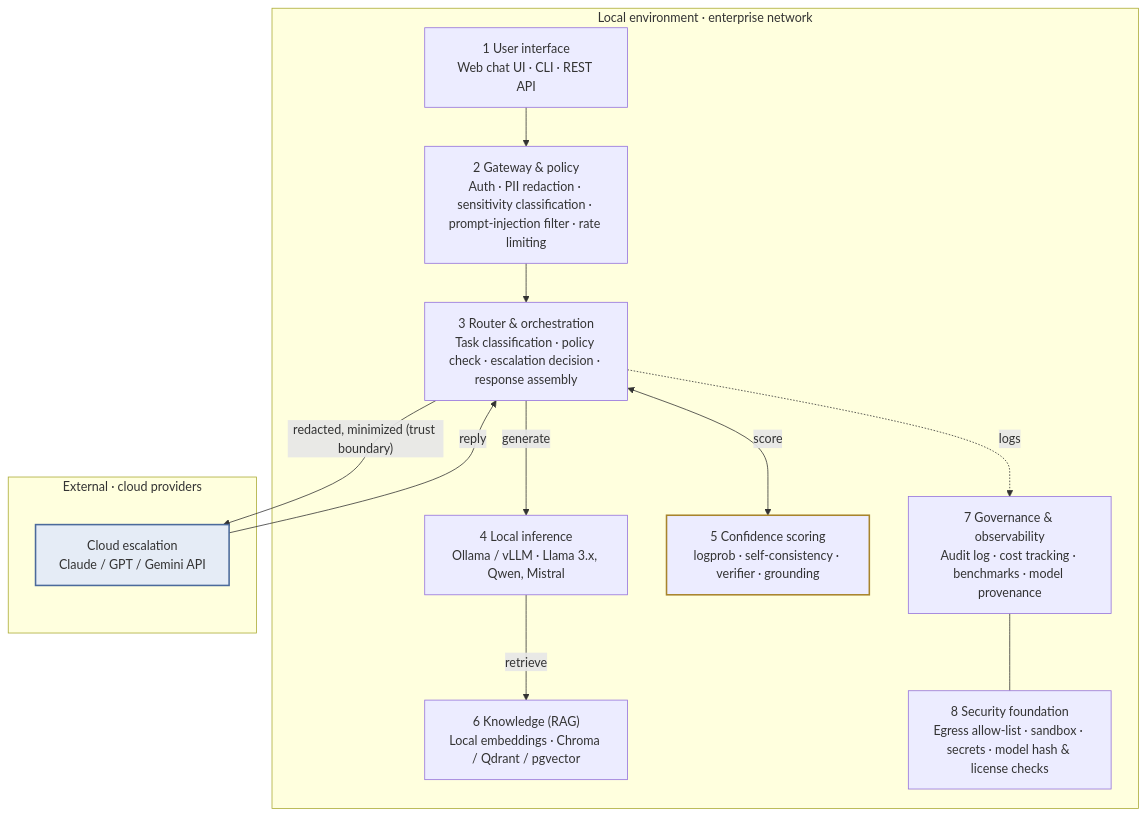
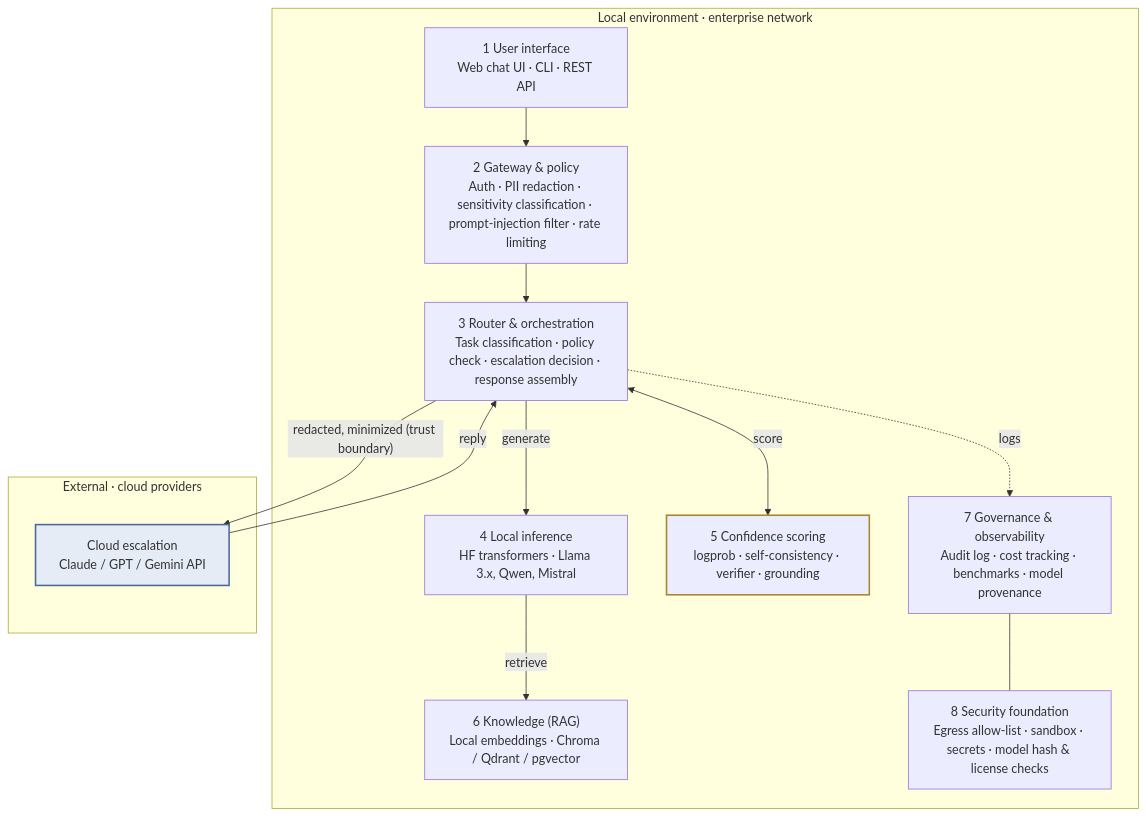
One commit to Mark-Chu-19/virtual-gold-capstone changed the first of 3 diagrams in docs/architecture-v0.2-en.md. Above: the diagram before and after it, drawn with Mermaid. The commit also changed other lines of this file and 3 other files, not shown here.

Commit message:
Architecture doc: local inference on HF transformers instead of Ollama; section 10 cost row no longer mentions CMU fallback; A10G note for the sampling ensemble

````diff
--- a/docs/architecture-v0.2-en.md
+++ b/docs/architecture-v0.2-en.md
@@ -32,26 +32,26 @@
 ```mermaid
 flowchart TB
   subgraph LOCAL["Local environment · enterprise network"]
     L1["1 User interface<br/>Web chat UI · CLI · REST API"]
     L2["2 Gateway & policy<br/>Auth · PII redaction · sensitivity classification · prompt-injection filter · rate limiting"]
     L3["3 Router & orchestration<br/>Task classification · policy check · escalation decision · response assembly"]
-    L4["4 Local inference<br/>Ollama / vLLM · Llama 3.x, Qwen, Mistral"]
+    L4["4 Local inference<br/>HF transformers · Llama 3.x, Qwen, Mistral"]
     L5["5 Confidence scoring<br/>logprob · self-consistency · verifier · grounding"]
     L6["6 Knowledge (RAG)<br/>Local embeddings · Chroma / Qdrant / pgvector"]
     L7["7 Governance & observability<br/>Audit log · cost tracking · benchmarks · model provenance"]
     L8["8 Security foundation<br/>Egress allow-list · sandbox · secrets · model hash & license checks"]
     L1 --> L2 --> L3
     L3 -- generate --> L4
     L3 <-- score --> L5
     L4 -- retrieve --> L6
     L3 -.logs.-> L7
     L7 --- L8
   end
   subgraph CLOUD["External · cloud providers"]
     C["Cloud escalation<br/>Claude / GPT / Gemini API"]
   end
   L3 -- "redacted, minimized (trust boundary)" --> C
   C -- reply --> L3
   style L5 stroke:#A8842C,stroke-width:2px
   style C fill:#E5ECF6,stroke:#4B6A9B,stroke-width:2px
 ```
````
